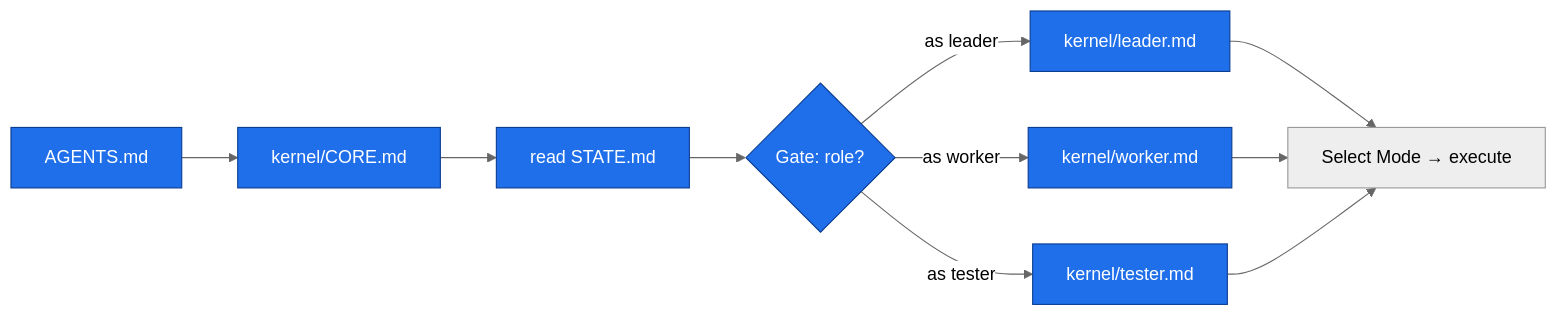
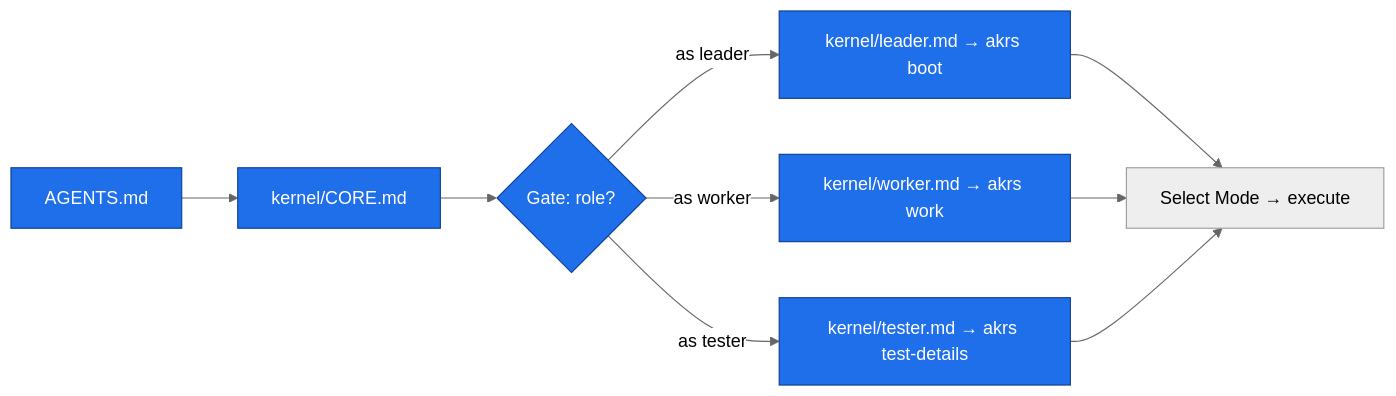
Before and after one commit to asadeisa/akrs: the fourth of 7 diagrams in docs/guides/ROUTING-FLOW.md, drawn with Mermaid (neutral theme). The commit also changed other lines of this file and 35 other files, not shown here.

````diff
--- a/docs/guides/ROUTING-FLOW.md
+++ b/docs/guides/ROUTING-FLOW.md
@@ -114,13 +116,12 @@
 ```mermaid
 flowchart LR
     E[AGENTS.md] --> Core[kernel/CORE.md]
-    Core --> S[read STATE.md]
-    S --> G{Gate: role?}
-    G -->|as leader| L[kernel/leader.md]
-    G -->|as worker| W[kernel/worker.md]
-    G -->|as tester| T[kernel/tester.md]
+    Core --> G{Gate: role?}
+    G -->|as leader| L[kernel/leader.md → akrs boot]
+    G -->|as worker| W[kernel/worker.md → akrs work]
+    G -->|as tester| T[kernel/tester.md → akrs test-details]
     L & W & T --> M[Select Mode → execute]
 
     classDef k fill:#1f6feb,stroke:#0b3d91,color:#fff;
-    class E,Core,S,G,L,W,T k;
+    class E,Core,G,L,W,T k;
 ```
````
